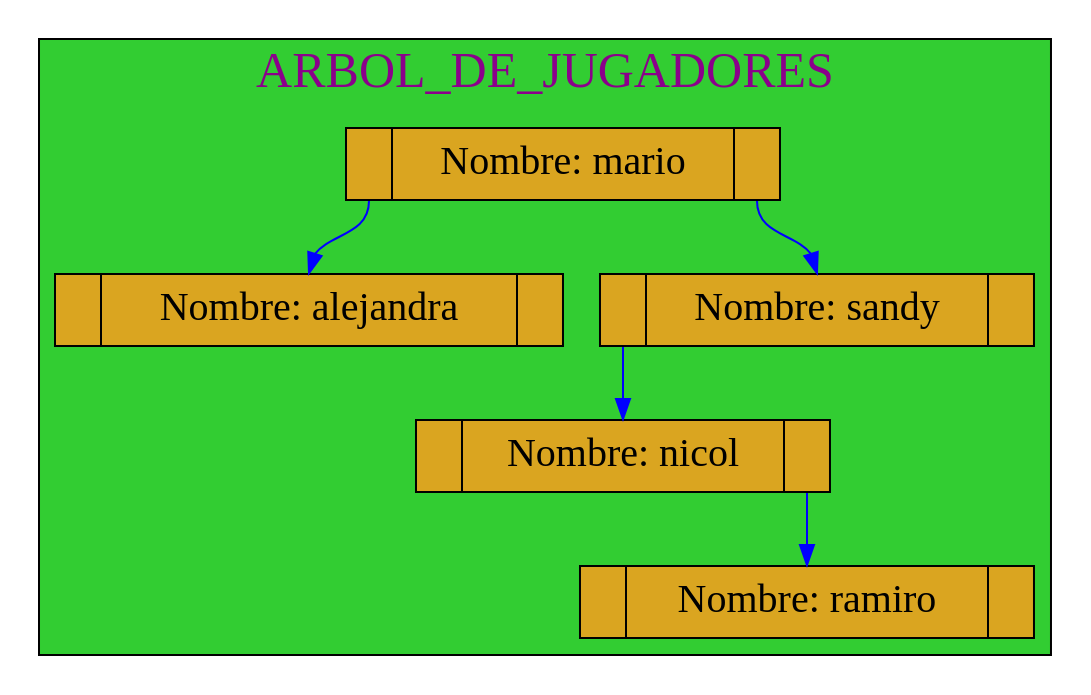
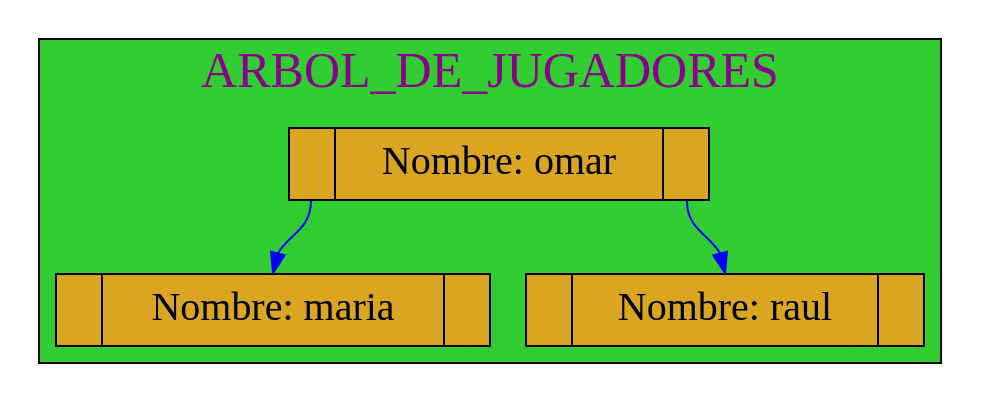
One commit to mariotun/EDD_1S2020_PY1_201602942 changed the diagram in Graficas/Arbol_Jugadores.dot. Above: the diagram before and after it, drawn with Graphviz. The commit also changed 9 other files, not shown here.

```diff
--- a/Graficas/Arbol_Jugadores.dot
+++ b/Graficas/Arbol_Jugadores.dot
@@ -1,30 +1,23 @@
 digraph ArbolBB{
 subgraph cluster_1 {
 
 label= "ARBOL_DE_JUGADORES ";
 labelloc=t;
 fontcolor=magenta4;
 fontname=algerian
 fontsize=25;
 style=filled;
 fillcolor=limegreen;
 node[shape=record,height=0.5 style=filled fontcolor=black fillcolor=goldenrod fontsize=20 ];
 
 
-25770475696[label="<f0> |<f1>Nombre: mario |<f2> " ]; 
-25770475888[label="<f0> |<f1>Nombre: sandy |<f2>" ]
-25770476400[label="<f0> |<f1>Nombre: nicol |<f2>" ]
-25770476400[label="<f0> |<f1>Nombre: nicol |<f2>" ]
-25770476976[label="<f0> |<f1>Nombre: alejandra |<f2>" ]
-25770476864[label="<f0> |<f1>Nombre: ramiro |<f2>" ]
-25770476864[label="<f0> |<f1>Nombre: ramiro |<f2>" ]
-25770476864[label="<f0> |<f1>Nombre: ramiro |<f2>" ]
+25770475744[label="<f0> |<f1>Nombre: omar |<f2> " ]; 
+25770475952[label="<f0> |<f1>Nombre: maria |<f2>" ]
+25770476352[label="<f0> |<f1>Nombre: raul |<f2>" ]
 
-25770475696:f2->25770475888:f1 [color=blue ]
-25770475888:f0->25770476400:f1 [color=blue]
-25770475696:f0->25770476976:f1 [color=blue]
-25770476400:f2->25770476864:f1 [color=blue ]
+25770475744:f0->25770475952:f1 [color=blue]
+25770475744:f2->25770476352:f1 [color=blue ]
 
  }
 
  }
```
